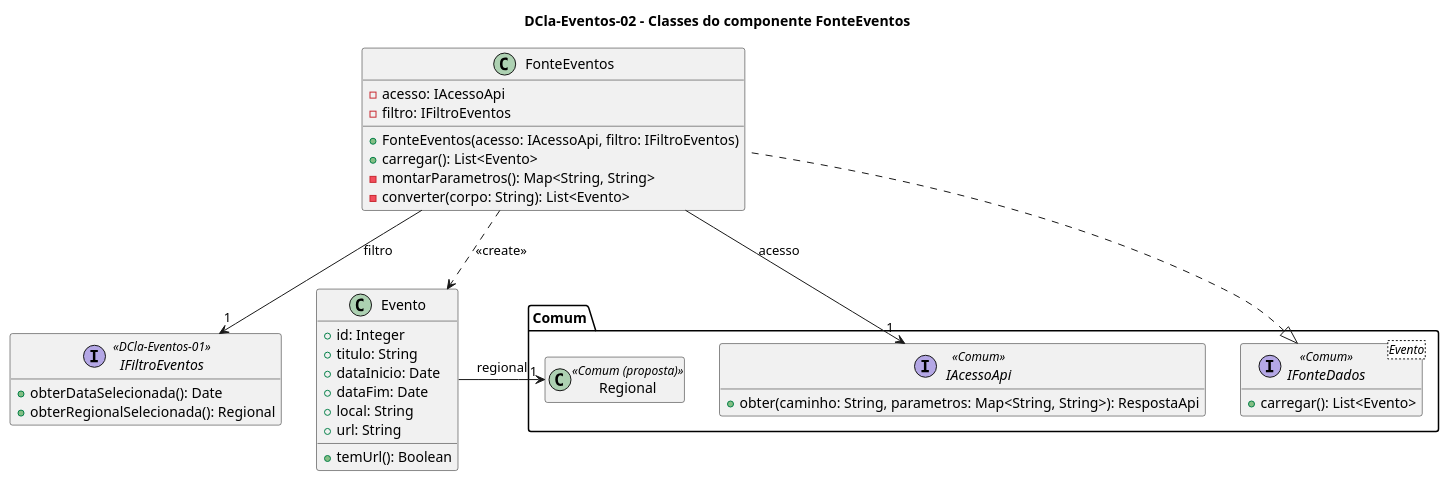
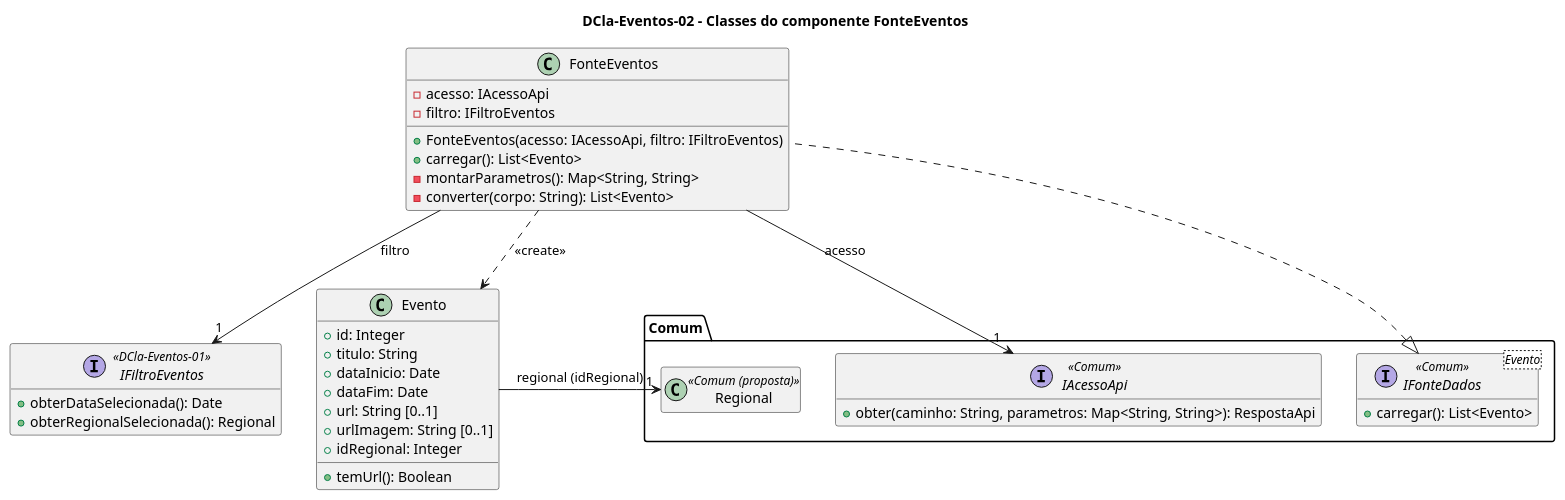
Before and after one commit to joseduardogon/Minha_UFG_Grupo_Cinza: the diagram in Eventos/DCla-Eventos-02.puml, drawn with PlantUML. The commit also changed 131 other files, not shown here.

```diff
--- a/Eventos/DCla-Eventos-02.puml
+++ b/Eventos/DCla-Eventos-02.puml
@@ -1,44 +1,45 @@
 @startuml DCla-Eventos-02
 title DCla-Eventos-02 – Classes do componente FonteEventos
 hide empty members
 
 package "Comum" {
   interface "IFonteDados<Evento>" as IFonteDados <<Comum>> {
     + carregar(): List<Evento>
   }
   interface IAcessoApi <<Comum>> {
     + obter(caminho: String, parametros: Map<String, String>): RespostaApi
   }
   class Regional <<Comum (proposta)>>
 }
 
 interface IFiltroEventos <<DCla-Eventos-01>> {
   + obterDataSelecionada(): Date
   + obterRegionalSelecionada(): Regional
 }
 
 class FonteEventos {
   - acesso: IAcessoApi
   - filtro: IFiltroEventos
   + FonteEventos(acesso: IAcessoApi, filtro: IFiltroEventos)
   + carregar(): List<Evento>
   - montarParametros(): Map<String, String>
   - converter(corpo: String): List<Evento>
 }
 
 class Evento {
   + id: Integer
   + titulo: String
   + dataInicio: Date
   + dataFim: Date
-  + local: String
-  + url: String
+  + url: String [0..1]
+  + urlImagem: String [0..1]
+  + idRegional: Integer
   + temUrl(): Boolean
 }
 
 IFonteDados <|.. FonteEventos
 FonteEventos --> "1" IAcessoApi : acesso
 FonteEventos --> "1" IFiltroEventos : filtro
 FonteEventos ..> Evento : <<create>>
-Evento --> "1" Regional : regional
+Evento --> "1" Regional : regional (idRegional)
 @enduml
```
